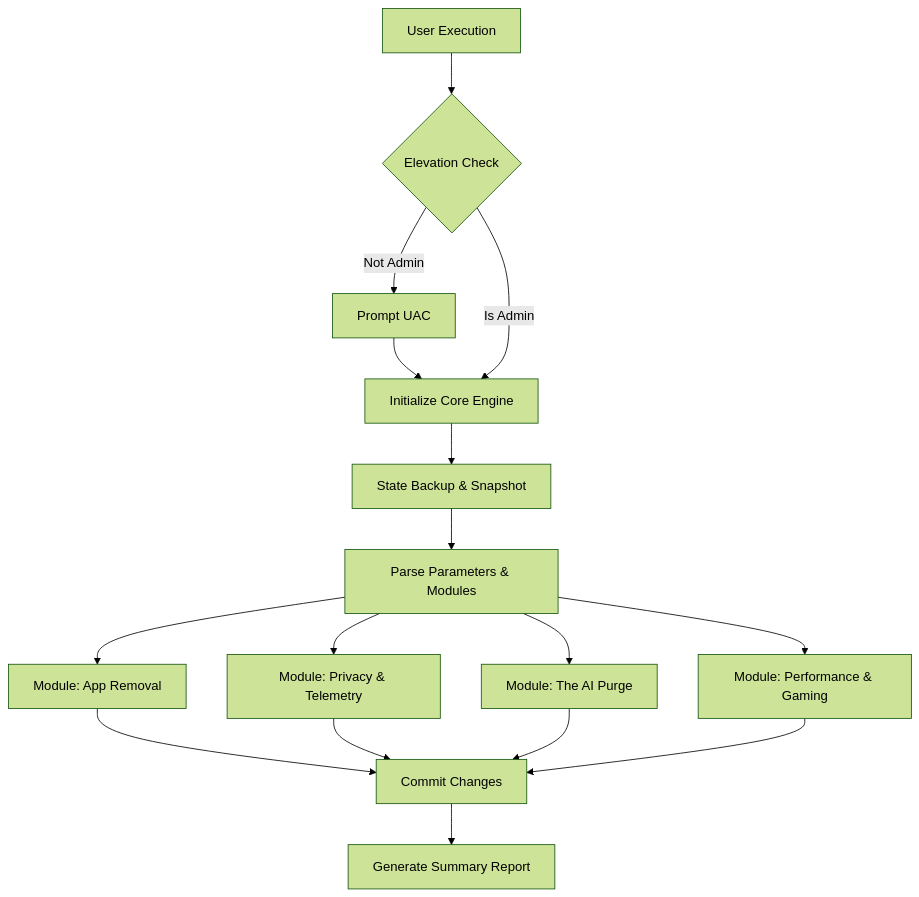
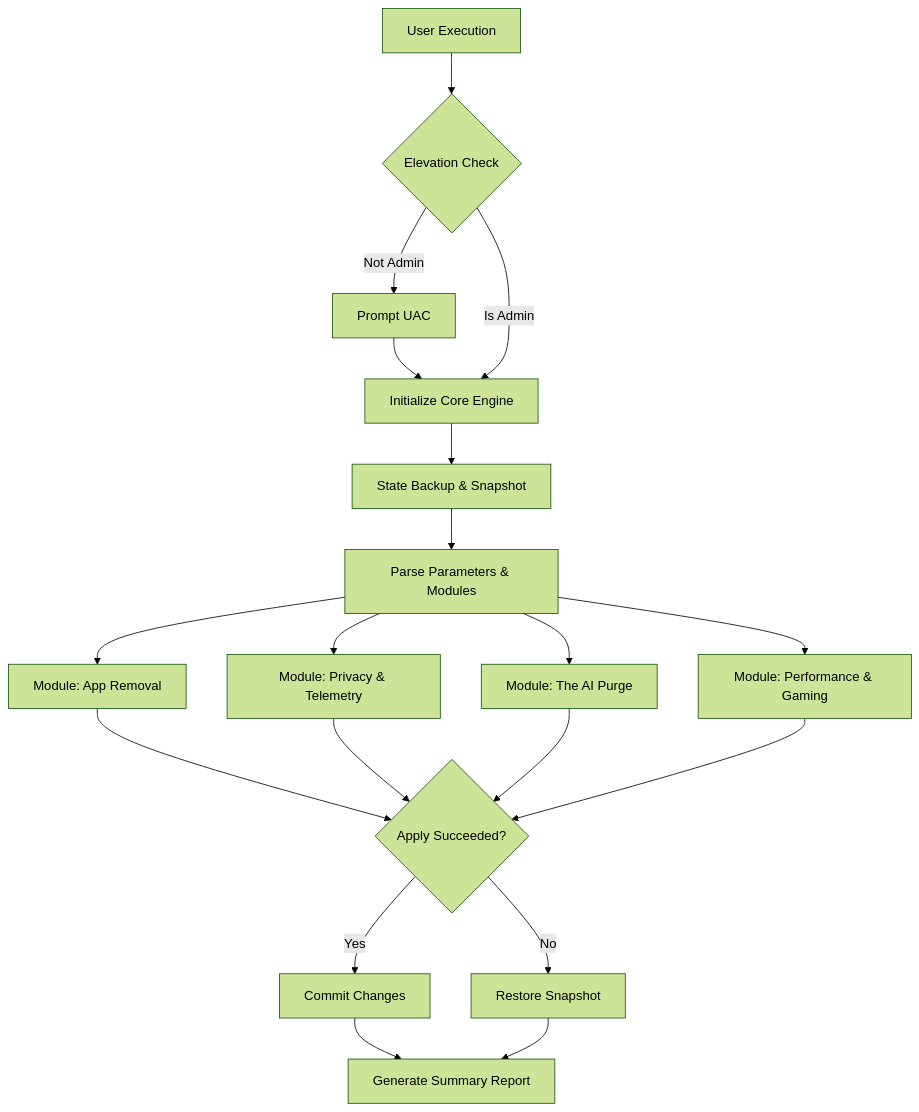
The diagram in README.md (BiosSystem/WinSwift), drawn with Mermaid (forest theme) before and after one commit. The commit also changed other lines of this file and 4 other files, not shown here.

````diff
--- a/README.md
+++ b/README.md
@@ -132,18 +154,20 @@
 ```mermaid
 flowchart TD
     A[User Execution] --> B{Elevation Check}
     B -- Not Admin --> C[Prompt UAC]
     C --> D
     B -- Is Admin --> D[Initialize Core Engine]
     
     D --> E[State Backup & Snapshot]
     E --> F[Parse Parameters & Modules]
     
     F --> G[Module: App Removal]
     F --> H[Module: Privacy & Telemetry]
     F --> I[Module: The AI Purge]
     F --> J[Module: Performance & Gaming]
     
-    G & H & I & J --> K[Commit Changes]
-    K --> L[Generate Summary Report]
+    G & H & I & J --> K{Apply Succeeded?}
+    K -- Yes --> L[Commit Changes]
+    K -- No --> M[Restore Snapshot]
+    L & M --> N[Generate Summary Report]
 ```
````
